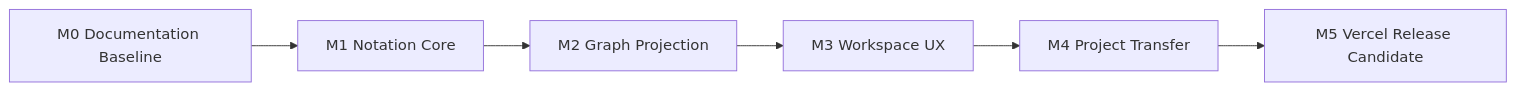
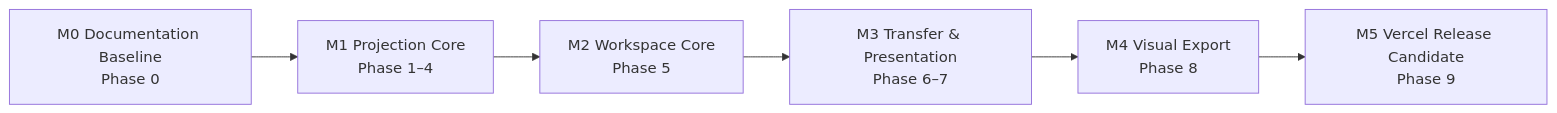
Before and after one commit to dayaa-arch/granvas: the diagram in docs/development-roadmap.md, drawn with Mermaid. The commit also changed other lines of this file and 7 other files, not shown here.

````diff
--- a/docs/development-roadmap.md
+++ b/docs/development-roadmap.md
@@ -13,8 +20,8 @@
 ```mermaid
 flowchart LR
-    M0["M0 Documentation Baseline"] --> M1["M1 Notation Core"]
-    M1 --> M2["M2 Graph Projection"]
-    M2 --> M3["M3 Workspace UX"]
-    M3 --> M4["M4 Project Transfer"]
-    M4 --> M5["M5 Vercel Release Candidate"]
+    M0["M0 Documentation Baseline<br/>Phase 0"] --> M1["M1 Projection Core<br/>Phase 1–4"]
+    M1 --> M2["M2 Workspace Core<br/>Phase 5"]
+    M2 --> M3["M3 Transfer & Presentation<br/>Phase 6–7"]
+    M3 --> M4["M4 Visual Export<br/>Phase 8"]
+    M4 --> M5["M5 Vercel Release Candidate<br/>Phase 9"]
 ```
````
